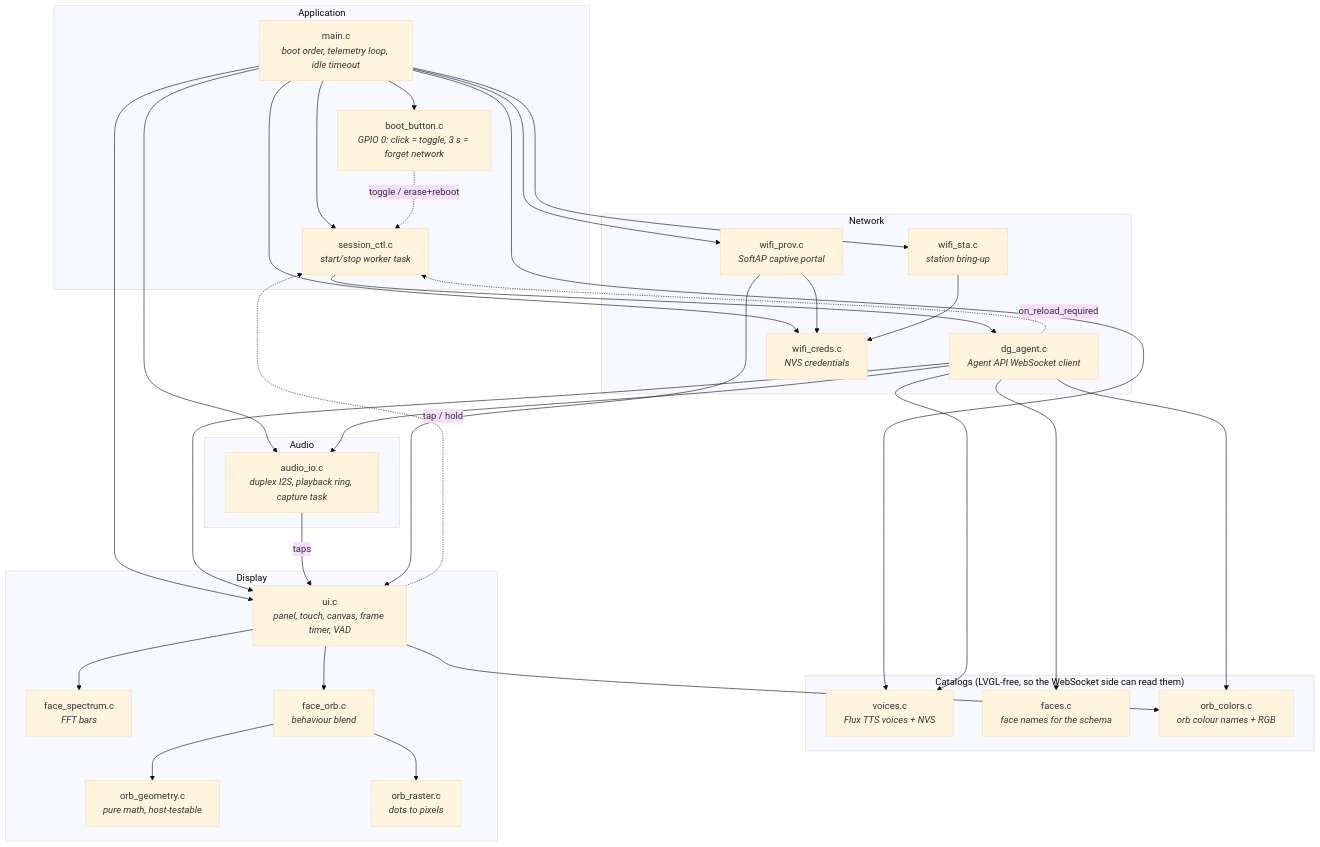
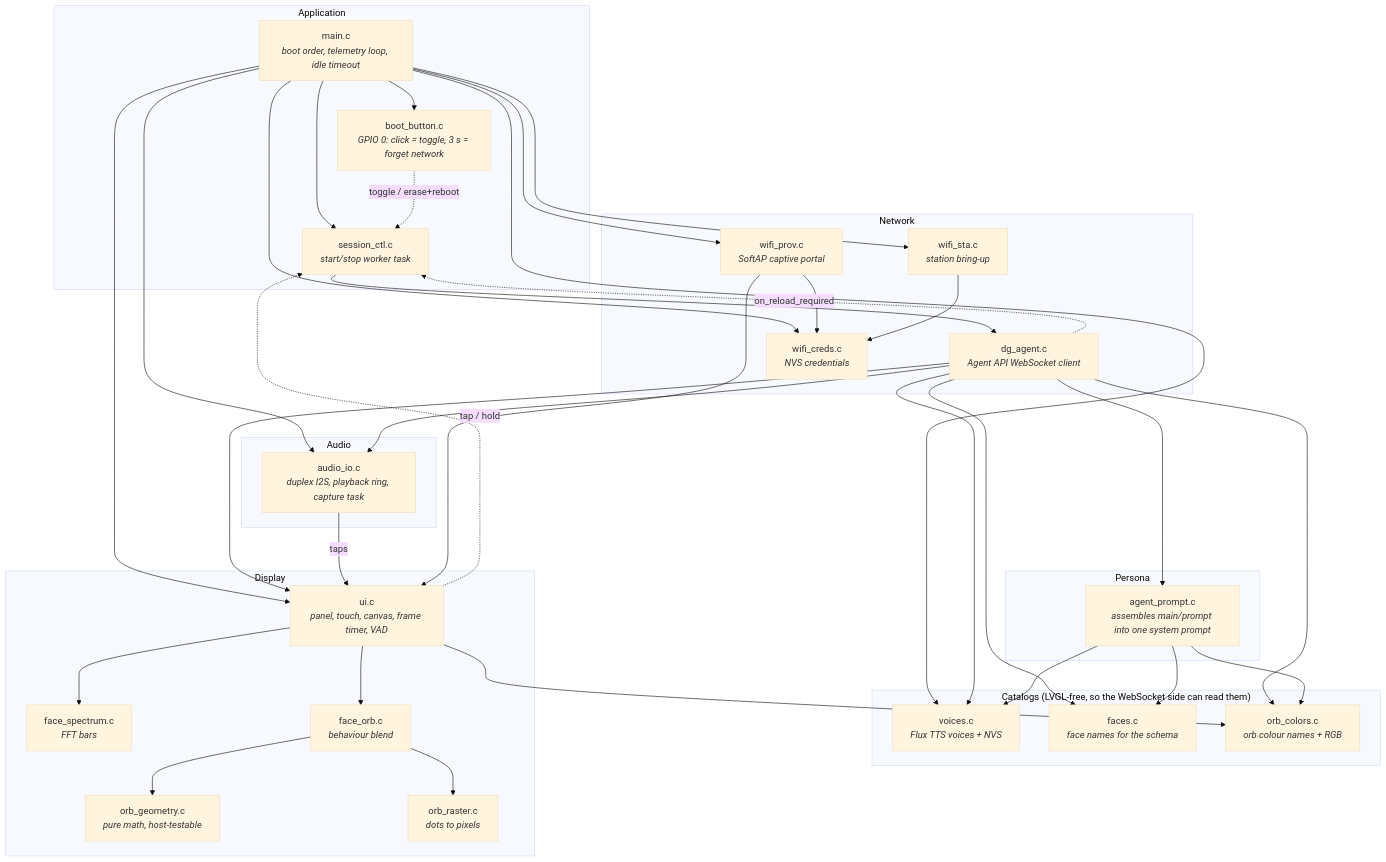
The first of 7 diagrams in ARCHITECTURE.md (dg-edcharbeneau/esp32-deepgram-voice-agent), drawn with Mermaid (base theme) before and after one commit. The commit also changed other lines of this file and 27 other files, not shown here.

````diff
--- a/ARCHITECTURE.md
+++ b/ARCHITECTURE.md
@@ -20,46 +20,51 @@
 ```mermaid
 flowchart TB
     subgraph app["Application"]
         main["main.c<br/><i>boot order, telemetry loop, idle timeout</i>"]
         session["session_ctl.c<br/><i>start/stop worker task</i>"]
         boot["boot_button.c<br/><i>GPIO 0: click = toggle, 3 s = forget network</i>"]
     end
 
     subgraph net["Network"]
         agent["dg_agent.c<br/><i>Agent API WebSocket client</i>"]
         sta["wifi_sta.c<br/><i>station bring-up</i>"]
         creds["wifi_creds.c<br/><i>NVS credentials</i>"]
         prov["wifi_prov.c<br/><i>SoftAP captive portal</i>"]
+    end
+
+    subgraph persona["Persona"]
+        prompt["agent_prompt.c<br/><i>assembles main/prompt into one system prompt</i>"]
     end
 
     subgraph cat["Catalogs (LVGL-free, so the WebSocket side can read them)"]
         voices["voices.c<br/><i>Flux TTS voices + NVS</i>"]
         faces["faces.c<br/><i>face names for the schema</i>"]
         colors["orb_colors.c<br/><i>orb colour names + RGB</i>"]
     end
 
     subgraph audio["Audio"]
         aio["audio_io.c<br/><i>duplex I2S, playback ring, capture task</i>"]
     end
 
     subgraph disp["Display"]
         ui["ui.c<br/><i>panel, touch, canvas, frame timer, VAD</i>"]
         spectrum["face_spectrum.c<br/><i>FFT bars</i>"]
         orbface["face_orb.c<br/><i>behaviour blend</i>"]
         geo["orb_geometry.c<br/><i>pure math, host-testable</i>"]
         raster["orb_raster.c<br/><i>dots to pixels</i>"]
     end
 
     main --> session & aio & ui & boot & sta & creds & prov & voices
     session --> agent
-    agent --> voices & faces & colors & ui & aio
+    agent --> voices & faces & colors & ui & aio & prompt
+    prompt --> voices & faces & colors
     agent -. "on_reload_required" .-> session
     boot -. "toggle / erase+reboot" .-> session
     ui -. "tap / hold" .-> session
     aio -- "taps" --> ui
     ui --> spectrum & orbface
     ui --> colors
     orbface --> geo & raster
     prov --> creds & ui
     sta --> creds
 ```
````
